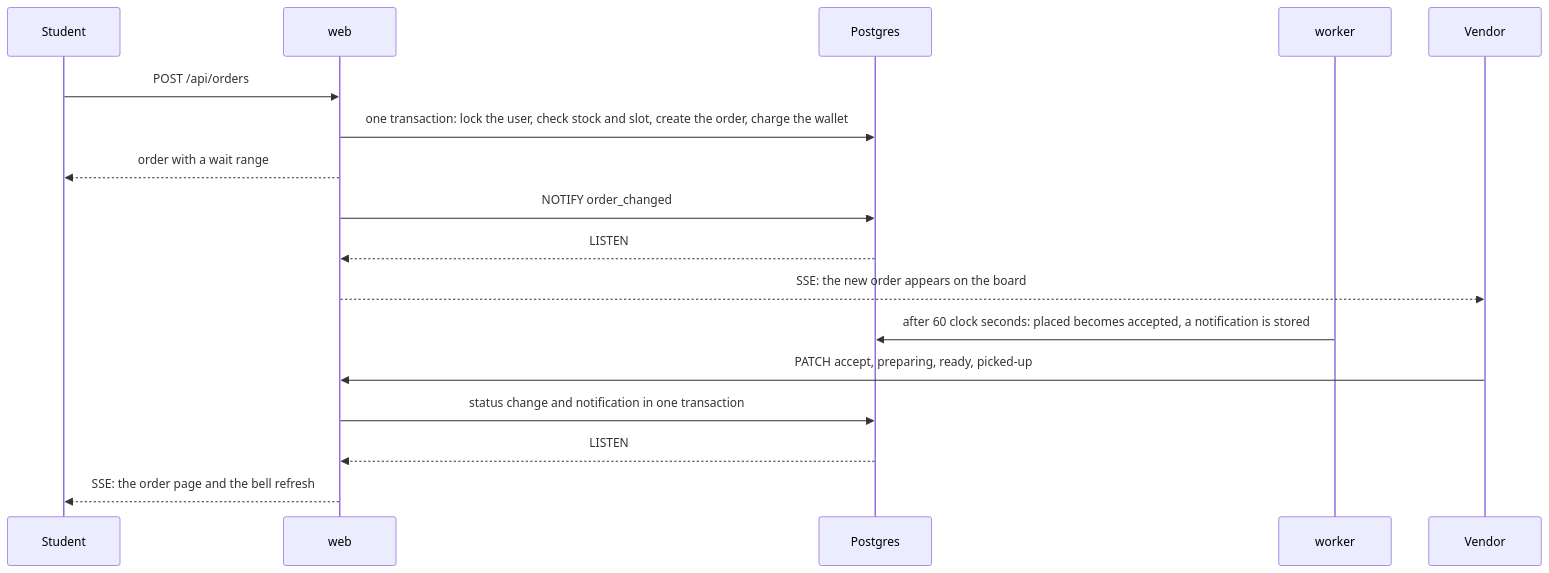
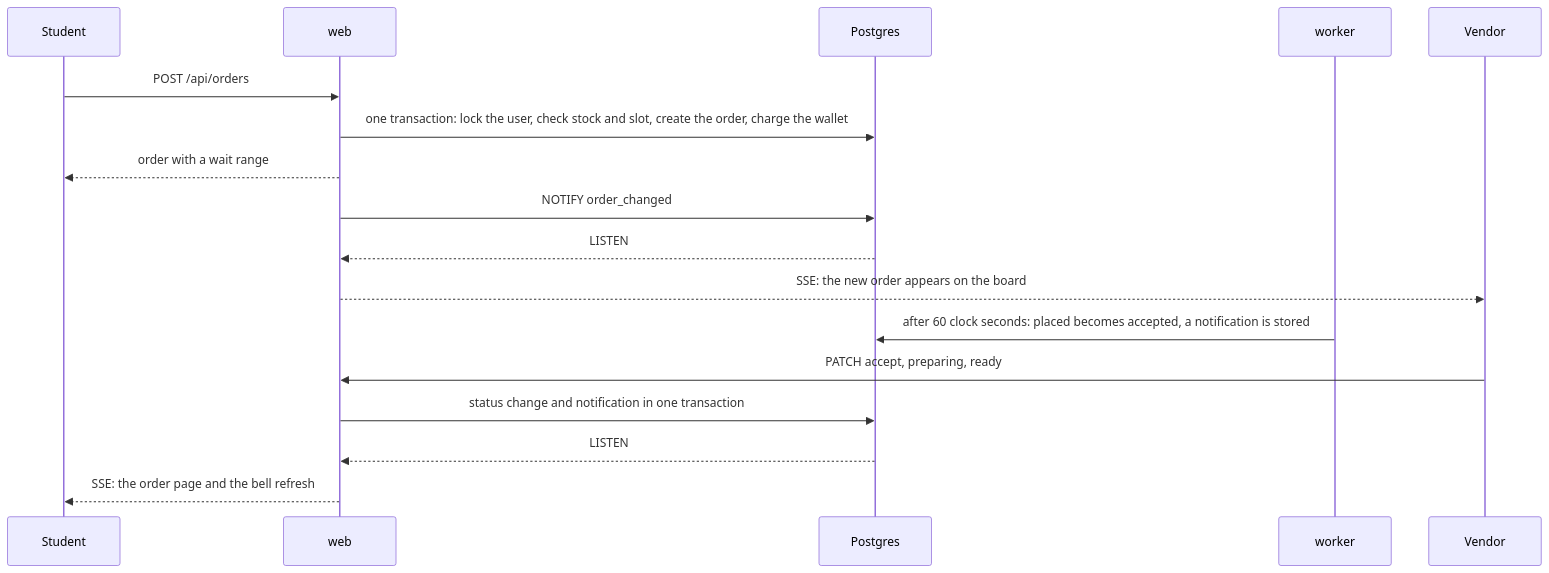
One commit to HaniaaKhann/BUCHACK-2.0 changed the second of 3 diagrams in docs/ARCHITECTURE.md. Above: the diagram before and after it, drawn with Mermaid. The commit also changed other lines of this file and 7 other files, not shown here.

````diff
--- a/docs/ARCHITECTURE.md
+++ b/docs/ARCHITECTURE.md
@@ -56,19 +56,19 @@
 ```mermaid
 sequenceDiagram
   participant S as Student
   participant W as web
   participant D as Postgres
   participant K as worker
   participant V as Vendor
   S->>W: POST /api/orders
   W->>D: one transaction: lock the user, check stock and slot, create the order, charge the wallet
   W-->>S: order with a wait range
   W->>D: NOTIFY order_changed
   D-->>W: LISTEN
   W-->>V: SSE: the new order appears on the board
   K->>D: after 60 clock seconds: placed becomes accepted, a notification is stored
-  V->>W: PATCH accept, preparing, ready, picked-up
+  V->>W: PATCH accept, preparing, ready
   W->>D: status change and notification in one transaction
   D-->>W: LISTEN
   W-->>S: SSE: the order page and the bell refresh
 ```
````
